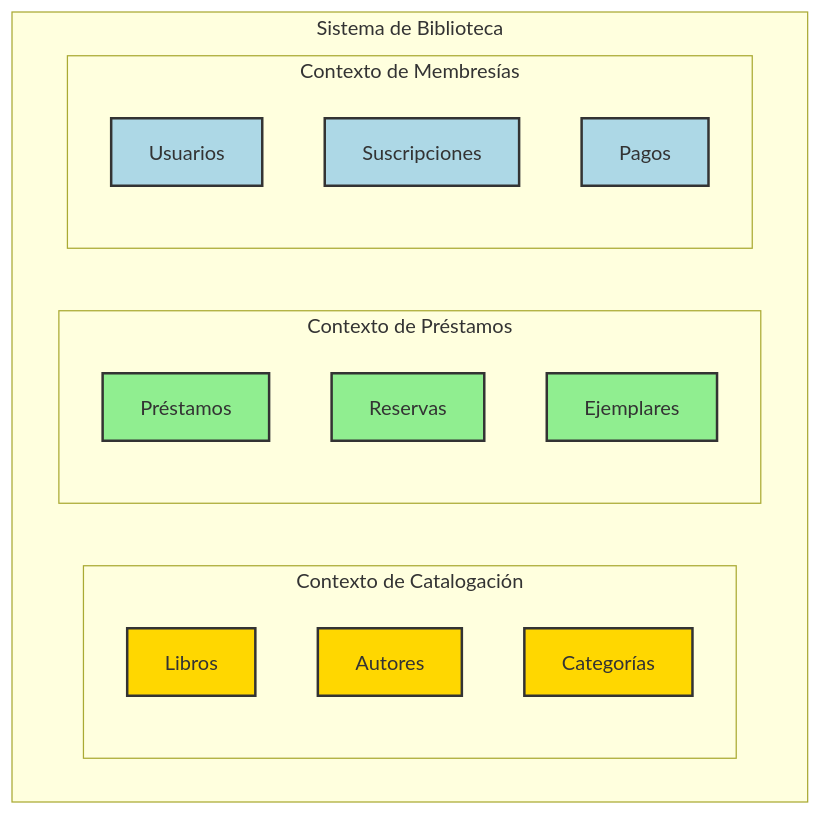
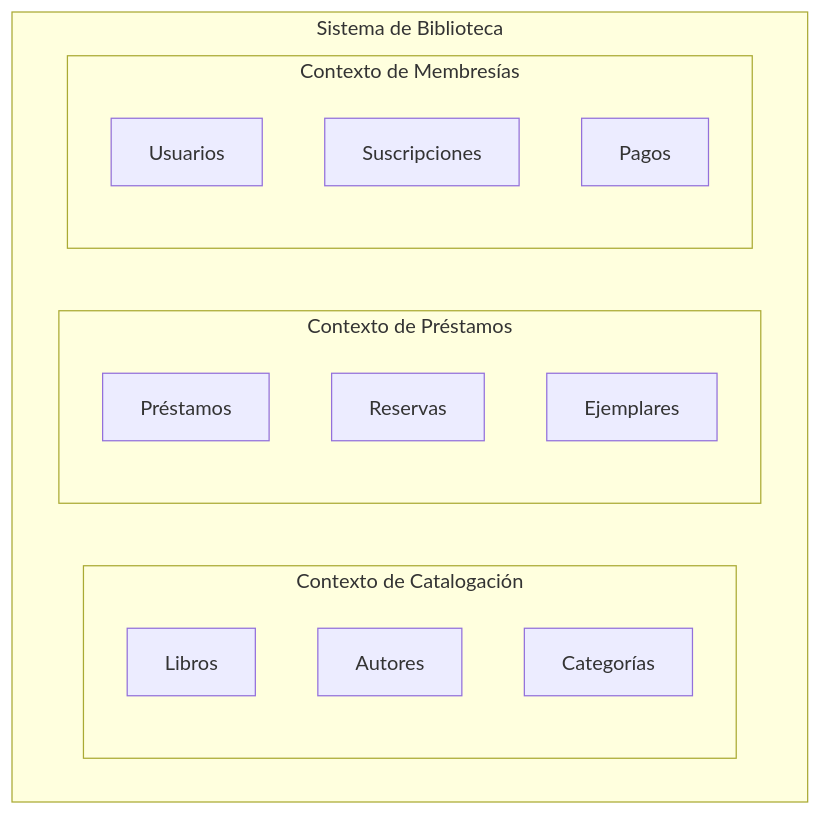
The second of 11 diagrams in docs/ddd/bounded-contexts.md (aialphanovatide/software-architecture-guide), drawn with Mermaid before and after one commit. The commit also changed other lines of this file and 8 other files, not shown here.

````diff
--- a/docs/ddd/bounded-contexts.md
+++ b/docs/ddd/bounded-contexts.md
@@ -78,34 +66,22 @@
 ```mermaid
 graph TD
     subgraph "Sistema de Biblioteca"
         subgraph "Contexto de Catalogación"
             C1[Libros]
             C2[Autores]
             C3[Categorías]
-            
-            style C1 fill:#FFD700,stroke:#333,stroke-width:2px
-            style C2 fill:#FFD700,stroke:#333,stroke-width:2px
-            style C3 fill:#FFD700,stroke:#333,stroke-width:2px
         end
         
         subgraph "Contexto de Préstamos"
             P1[Préstamos]
             P2[Reservas]
             P3[Ejemplares]
-            
-            style P1 fill:#90EE90,stroke:#333,stroke-width:2px
-            style P2 fill:#90EE90,stroke:#333,stroke-width:2px
-            style P3 fill:#90EE90,stroke:#333,stroke-width:2px
         end
         
         subgraph "Contexto de Membresías"
             M1[Usuarios]
             M2[Suscripciones]
             M3[Pagos]
-            
-            style M1 fill:#ADD8E6,stroke:#333,stroke-width:2px
-            style M2 fill:#ADD8E6,stroke:#333,stroke-width:2px
-            style M3 fill:#ADD8E6,stroke:#333,stroke-width:2px
         end
     end
 ```
````
